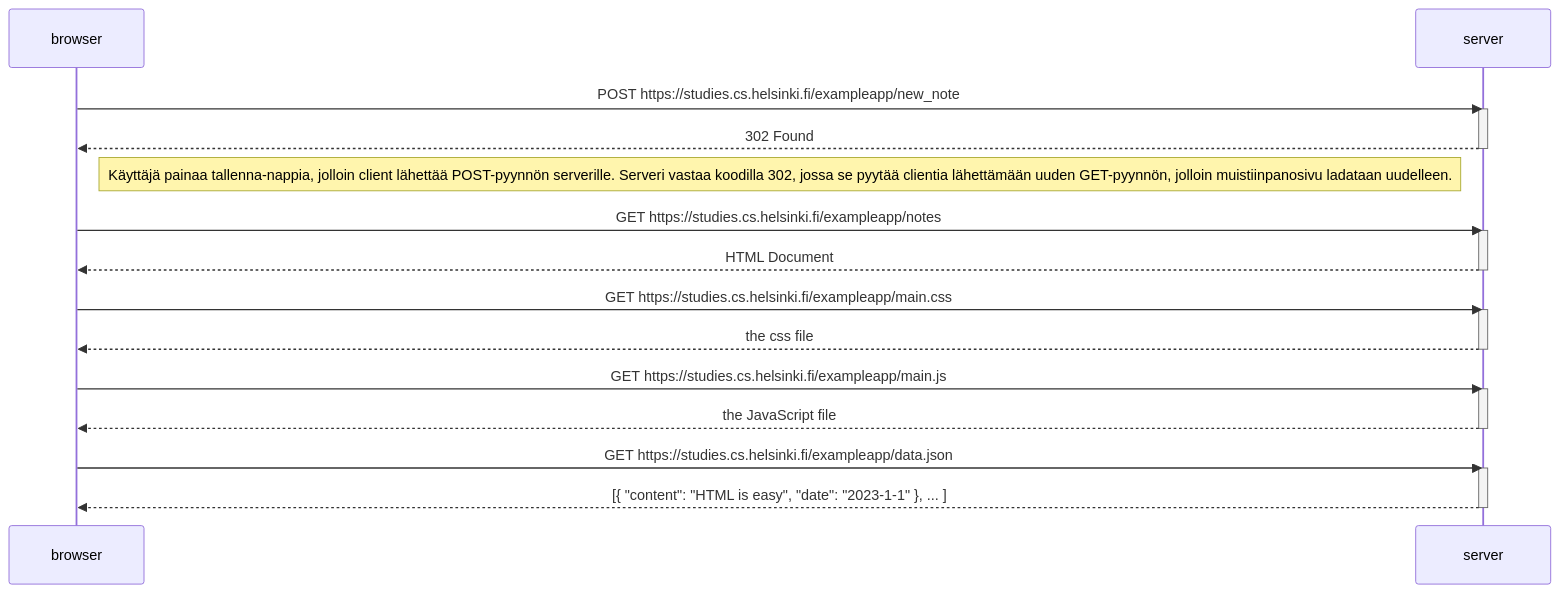
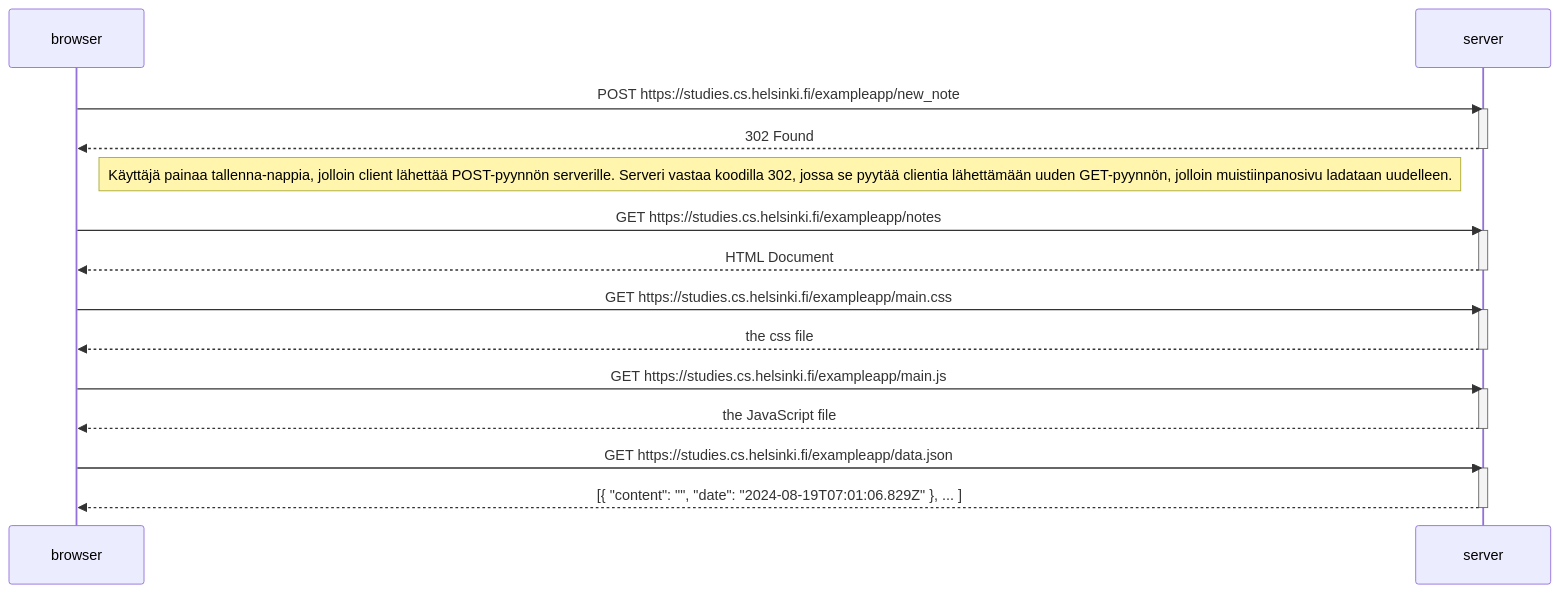
Before and after one commit to savalree/fullstack_palautusrepo: the diagram in osa0/0.4.md, drawn with Mermaid.

Commit message:
tehtävä 0.4: unohdettu muokata json content

````diff
--- a/osa0/0.4.md
+++ b/osa0/0.4.md
@@ -1,33 +1,33 @@
 ```mermaid
 sequenceDiagram
     participant browser
     participant server
     
     browser->>server: POST https://studies.cs.helsinki.fi/exampleapp/new_note
     activate server
     server-->>browser: 302 Found
     deactivate server
 
     Note right of browser: Käyttäjä painaa tallenna-nappia, jolloin client lähettää POST-pyynnön serverille. Serveri vastaa koodilla 302, jossa se pyytää clientia lähettämään uuden GET-pyynnön, jolloin muistiinpanosivu ladataan uudelleen.
     
     browser->>server: GET https://studies.cs.helsinki.fi/exampleapp/notes
     activate server
     server-->>browser: HTML Document
     deactivate server
         
     browser->>server: GET https://studies.cs.helsinki.fi/exampleapp/main.css
     activate server
     server-->>browser: the css file
     deactivate server
 
     browser->>server: GET https://studies.cs.helsinki.fi/exampleapp/main.js
     activate server
     server-->>browser: the JavaScript file
     deactivate server
     
     browser->>server: GET https://studies.cs.helsinki.fi/exampleapp/data.json
     activate server
-    server-->>browser: [{ "content": "HTML is easy", "date": "2023-1-1" }, ... ]
+    server-->>browser: [{ "content": "", "date": "2024-08-19T07:01:06.829Z" }, ... ]
     deactivate server 
 
 ```
````
